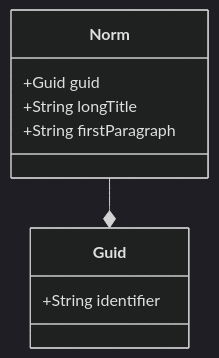
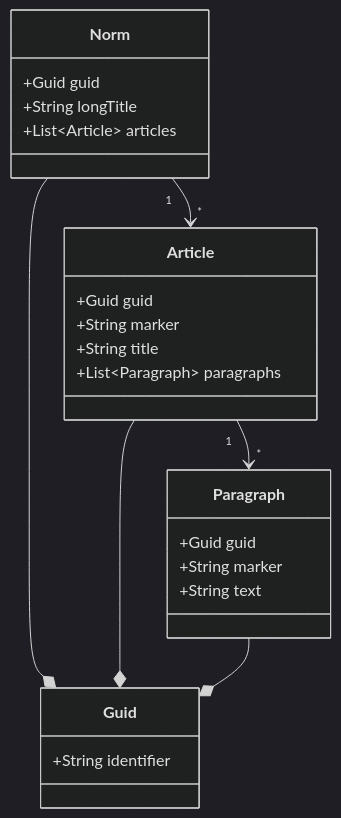
The diagram in doc/norms/domain-model.md (digitalservicebund/ris-backend-service), drawn with Mermaid (dark theme) before and after one commit. The commit also changed 1 other file, not shown here.

Commit message:
Norms: new domain model and openapi

````diff
--- a/doc/norms/domain-model.md
+++ b/doc/norms/domain-model.md
@@ -3,12 +3,27 @@
 ```mermaid
 classDiagram
   class Norm
   Norm : +Guid guid
   Norm : +String longTitle
-  Norm : +String firstParagraph
+  Norm : +List~Article~ articles
 
   class Guid
   Guid : +String identifier
 
+  class Article
+  Article : +Guid guid
+  Article : +String marker
+  Article : +String title
+  Article : +List~Paragraph~ paragraphs
+
+  class Paragraph
+  Paragraph : +Guid guid
+  Paragraph : +String marker
+  Paragraph : +String text
+
   Norm --* Guid
+  Article --* Guid
+  Paragraph --* Guid
+  Norm "1" --> "*" Article
+  Article "1" --> "*" Paragraph
 ```
````
